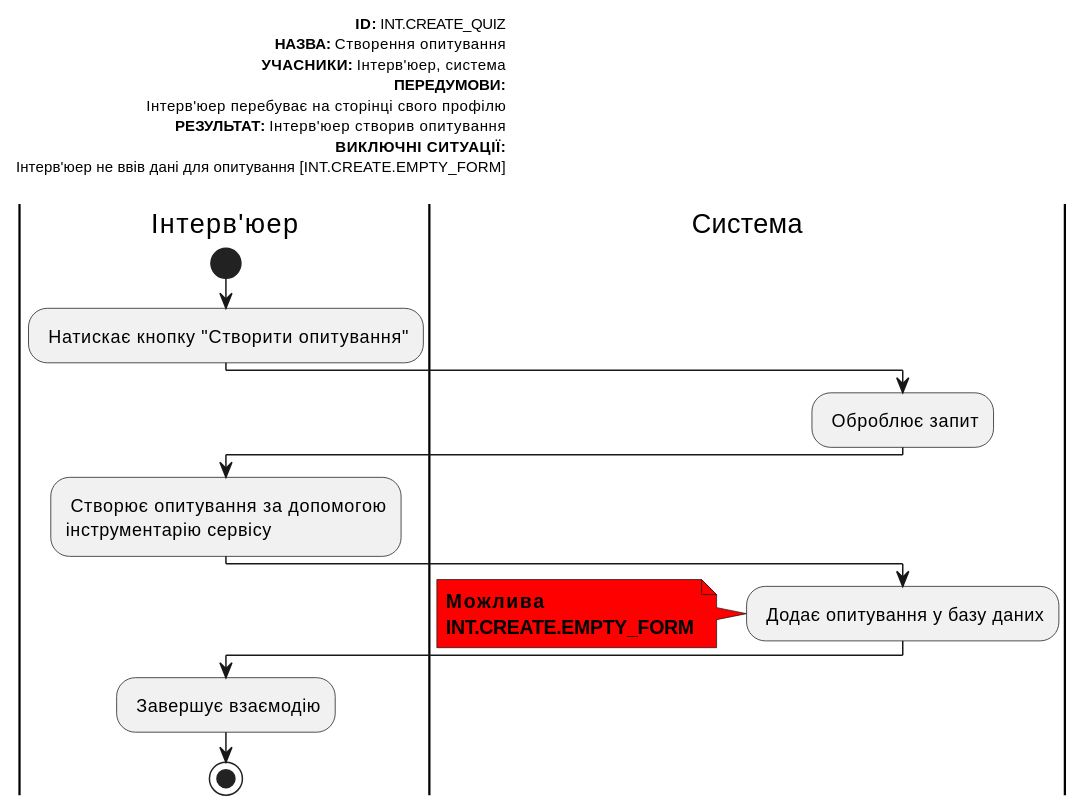
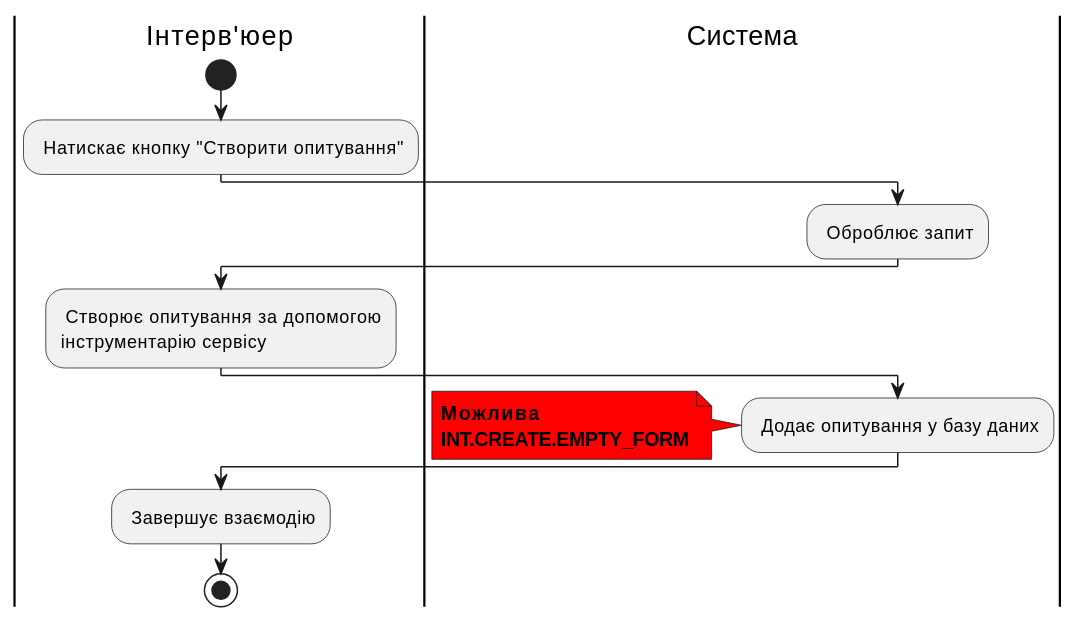
The seventh of 22 diagrams in docs/use cases/README.md (michigang1/ImForms), drawn with PlantUML before and after one commit. The commit also changed other lines of this file, not shown here.

```diff
--- a/docs/use cases/README.md
+++ b/docs/use cases/README.md
@@ -216,35 +231,24 @@
 @startuml
-left header
-<font color=000 size=10><b>ID:</b> INT.CREATE_QUIZ
-<font color=000 size=10><b>НАЗВА:</b> Створення опитування
-<font color=000 size=10><b>УЧАСНИКИ:</b> Інтерв'юер, система
-<font color=000 size=10><b>ПЕРЕДУМОВИ:</b>
-<font color=000 size=10> Інтерв'юер перебуває на сторінці свого профілю  
-<font color=000 size=10><b>РЕЗУЛЬТАТ:</b> Інтерв'юер створив опитування
-<font color=000 size=10><b>ВИКЛЮЧНІ СИТУАЦІЇ:</b>
-<font color=000 size=10> Інтерв'юер не ввів дані для опитування [INT.CREATE.EMPTY_FORM]
-
-end header
 
 |Інтерв'юер|
 start
 : Натискає кнопку "Створити опитування";
 
 |Система|
 : Оброблює запит;
 
 |Інтерв'юер|
 : Створює опитування за допомогою
 інструментарію сервісу;
 
 |Система|
 : Додає опитування у базу даних;
 note left #ff0000
 <b>Можлива</b>
 <b>INT.CREATE.EMPTY_FORM</b>
 end note
 
 |Інтерв'юер|
 : Завершує взаємодію;
 stop;
 @enduml
```
